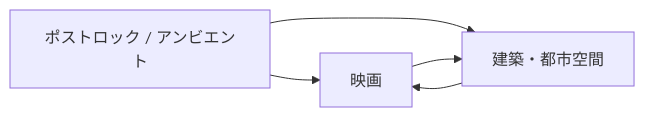
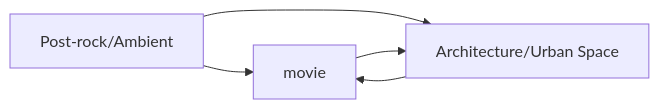
Before and after one commit to monumental-movement/monumental-movement.github.io: the diagram in en/_posts/2025-09-19-Column-Post-Rock-Ambient-Movie-Architecture.md, drawn with Mermaid. The commit also changed 152 other files, not shown here.

```diff
--- a/en/_posts/2025-09-19-Column-Post-Rock-Ambient-Movie-Architecture.md
+++ b/en/_posts/2025-09-19-Column-Post-Rock-Ambient-Movie-Architecture.md
@@ -79,12 +79,12 @@
 <div class="mermaid">
 flowchart LR
-    Music["ポストロック / アンビエント"]
-    Film["映画"]
-    Architecture["建築・都市空間"]
+    Music["Post-rock/Ambient"]
+    Film["movie"]
+    Architecture["Architecture/Urban Space"]
 
     Music --> Film
     Music --> Architecture
     Film --> Architecture
     Architecture --> Film
 
 </div>
```
